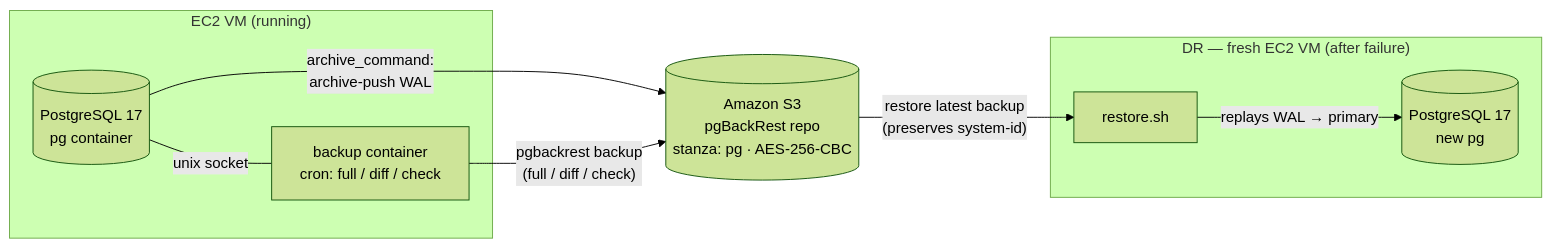
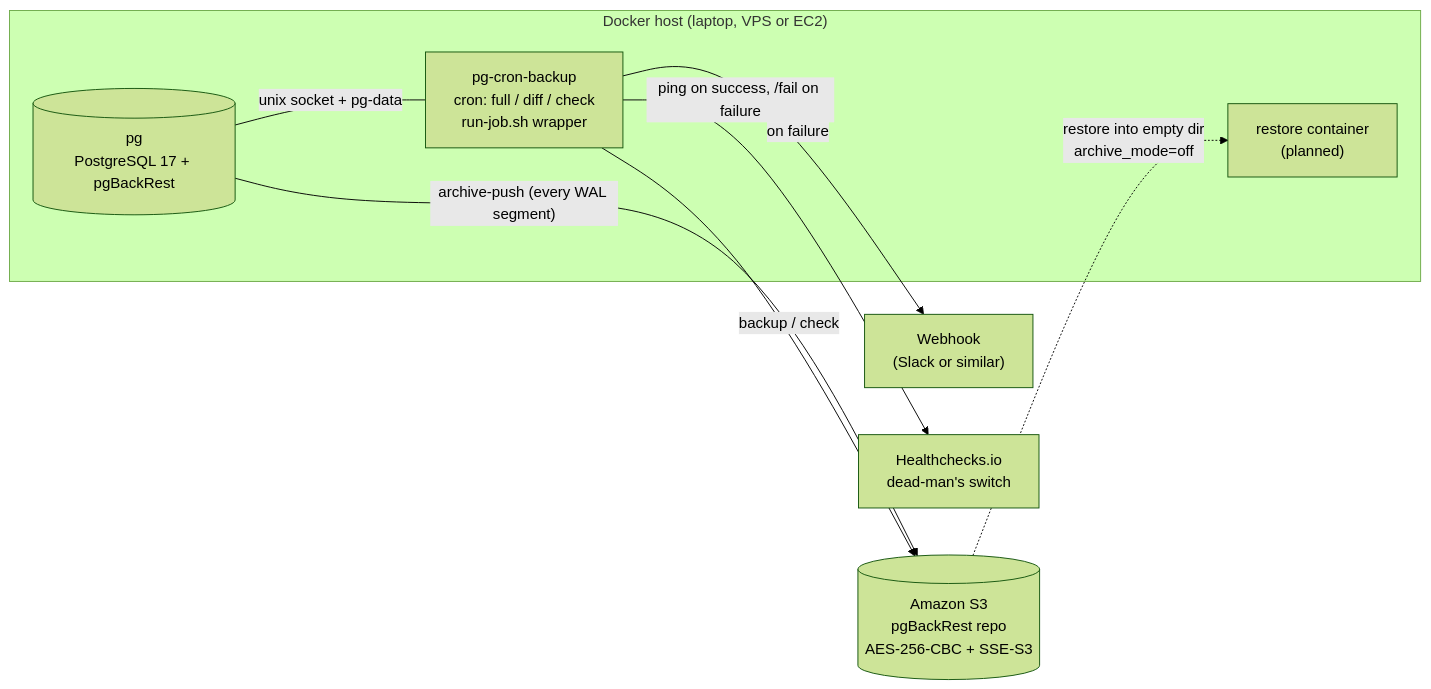
The diagram in README.md (joheee/PgPhysicalBackup), drawn with Mermaid (forest theme) before and after one commit. The commit also changed other lines of this file and 3 other files, not shown here.

````diff
--- a/README.md
+++ b/README.md
@@ -7,21 +26,19 @@
 ```mermaid
 flowchart LR
-    subgraph VM["EC2 VM (running)"]
-        PG[("PostgreSQL 17<br/>pg container")]
-        BACKUP["backup container<br/>cron: full / diff / check"]
-        PG ---|"unix socket"| BACKUP
+    subgraph HOST["Docker host (laptop, VPS or EC2)"]
+        PG[("pg<br/>PostgreSQL 17 + pgBackRest")]
+        BK["pg-cron-backup<br/>cron: full / diff / check<br/>run-job.sh wrapper"]
+        RS["restore container<br/>(planned)"]
+        PG ---|"unix socket + pg-data"| BK
     end
 
-    S3[("Amazon S3<br/>pgBackRest repo<br/>stanza: pg · AES-256-CBC")]
+    S3[("Amazon S3<br/>pgBackRest repo<br/>AES-256-CBC + SSE-S3")]
+    WH["Webhook<br/>(Slack or similar)"]
+    HC["Healthchecks.io<br/>dead-man's switch"]
 
-    PG -->|"archive_command:<br/>archive-push WAL"| S3
-    BACKUP -->|"pgbackrest backup<br/>(full / diff / check)"| S3
-
-    subgraph DR["DR — fresh EC2 VM (after failure)"]
-        R["restore.sh"]
-        PG2[("PostgreSQL 17<br/>new pg")]
-    end
-
-    S3 -->|"restore latest backup<br/>(preserves system-id)"| R
-    R -->|"replays WAL → primary"| PG2
+    PG -->|"archive-push (every WAL segment)"| S3
+    BK -->|"backup / check"| S3
+    BK -->|"on failure"| WH
+    BK -->|"ping on success, /fail on failure"| HC
+    S3 -.->|"restore into empty dir<br/>archive_mode=off"| RS
 ```
````
